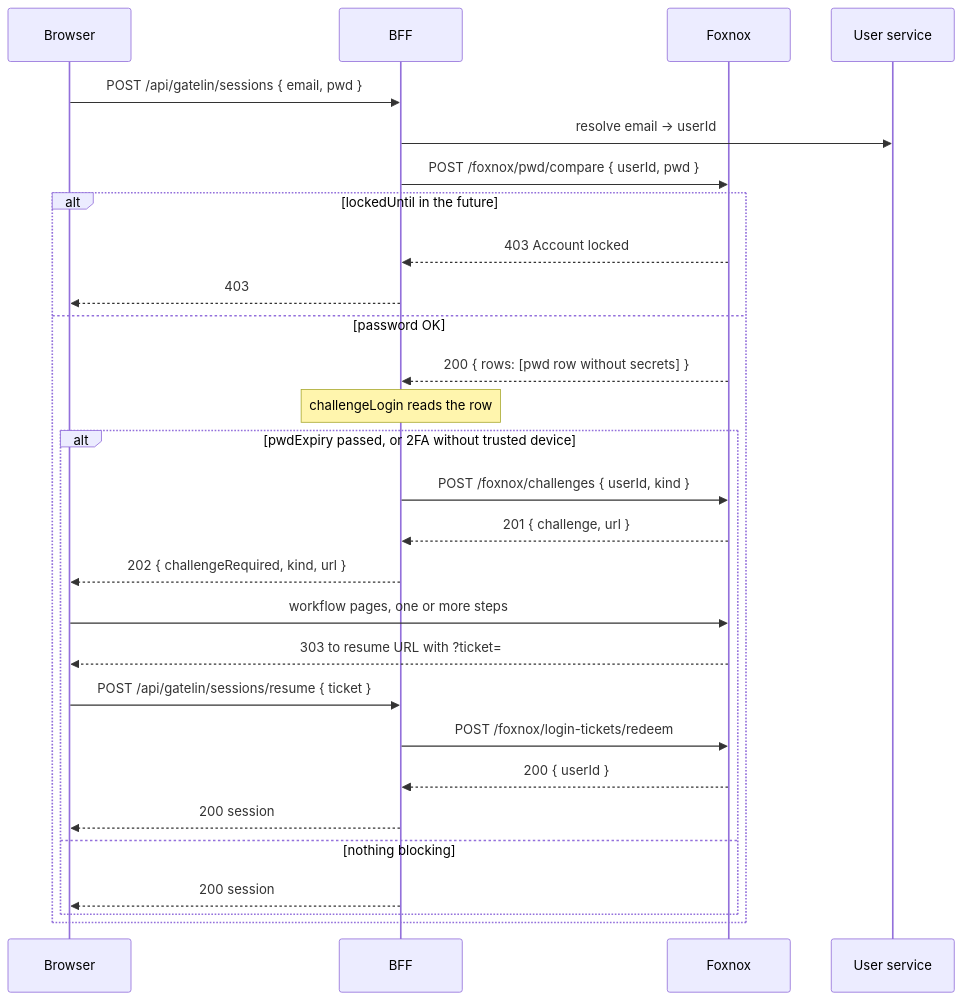
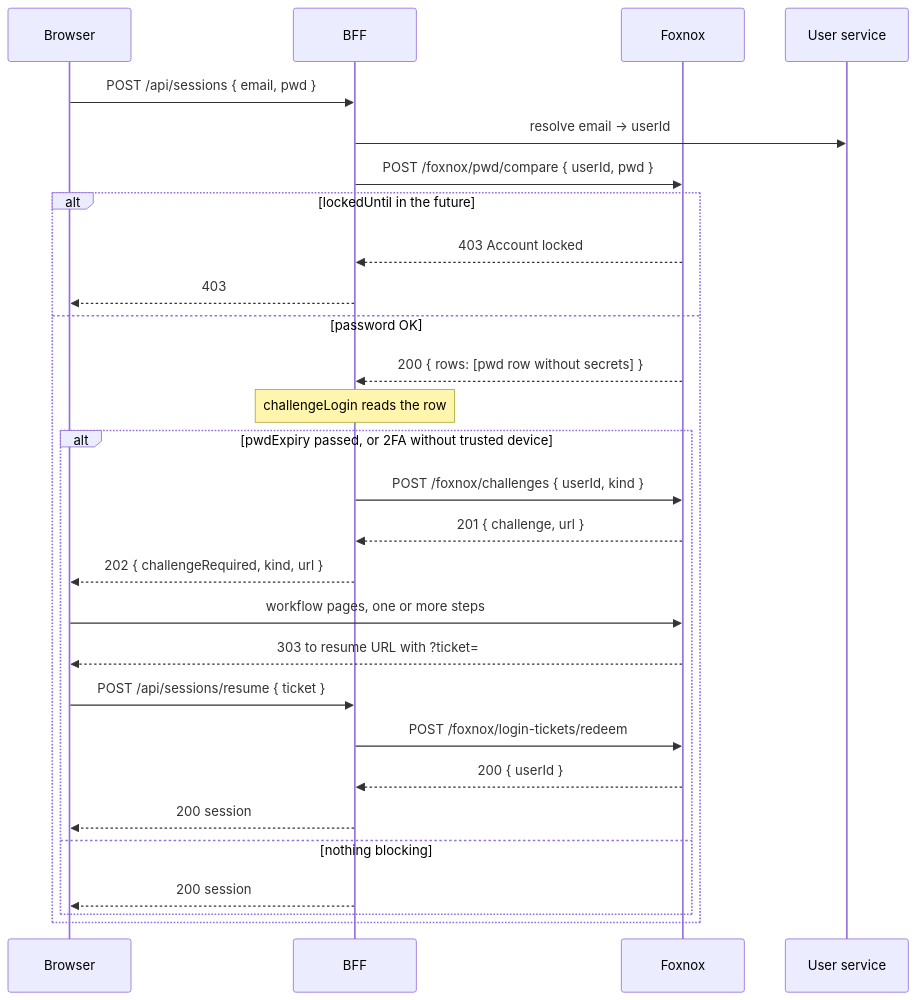
Before and after one commit to ALTEN-group/Foxnox: the first of 3 diagrams in website/docs/guide/architecture.md, drawn with Mermaid. The commit also changed other lines of this file and 17 other files, not shown here.

````diff
--- a/website/docs/guide/architecture.md
+++ b/website/docs/guide/architecture.md
@@ -119,32 +118,32 @@
 ```mermaid
 sequenceDiagram
     participant B as Browser
     participant G as BFF
     participant F as Foxnox
     participant U as User service
 
-    B->>G: POST /api/gatelin/sessions { email, pwd }
+    B->>G: POST /api/sessions { email, pwd }
     G->>U: resolve email → userId
     G->>F: POST /foxnox/pwd/compare { userId, pwd }
 
     alt lockedUntil in the future
         F-->>G: 403 Account locked
         G-->>B: 403
     else password OK
         F-->>G: 200 { rows: [pwd row without secrets] }
         Note over G: challengeLogin reads the row
         alt pwdExpiry passed, or 2FA without trusted device
             G->>F: POST /foxnox/challenges { userId, kind }
             F-->>G: 201 { challenge, url }
             G-->>B: 202 { challengeRequired, kind, url }
             B->>F: workflow pages, one or more steps
             F-->>B: 303 to resume URL with ?ticket=
-            B->>G: POST /api/gatelin/sessions/resume { ticket }
+            B->>G: POST /api/sessions/resume { ticket }
             G->>F: POST /foxnox/login-tickets/redeem
             F-->>G: 200 { userId }
             G-->>B: 200 session
         else nothing blocking
             G-->>B: 200 session
         end
     end
 ```
````
